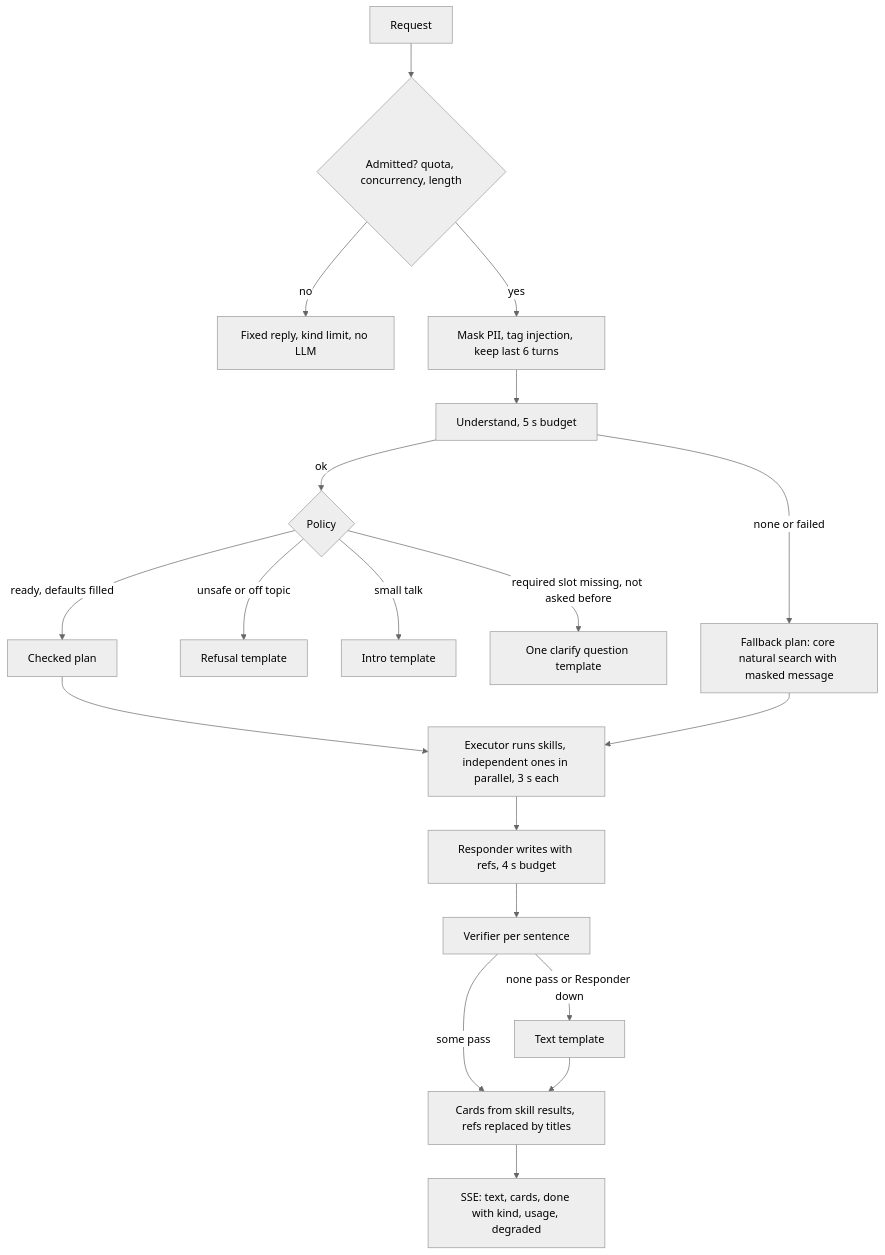
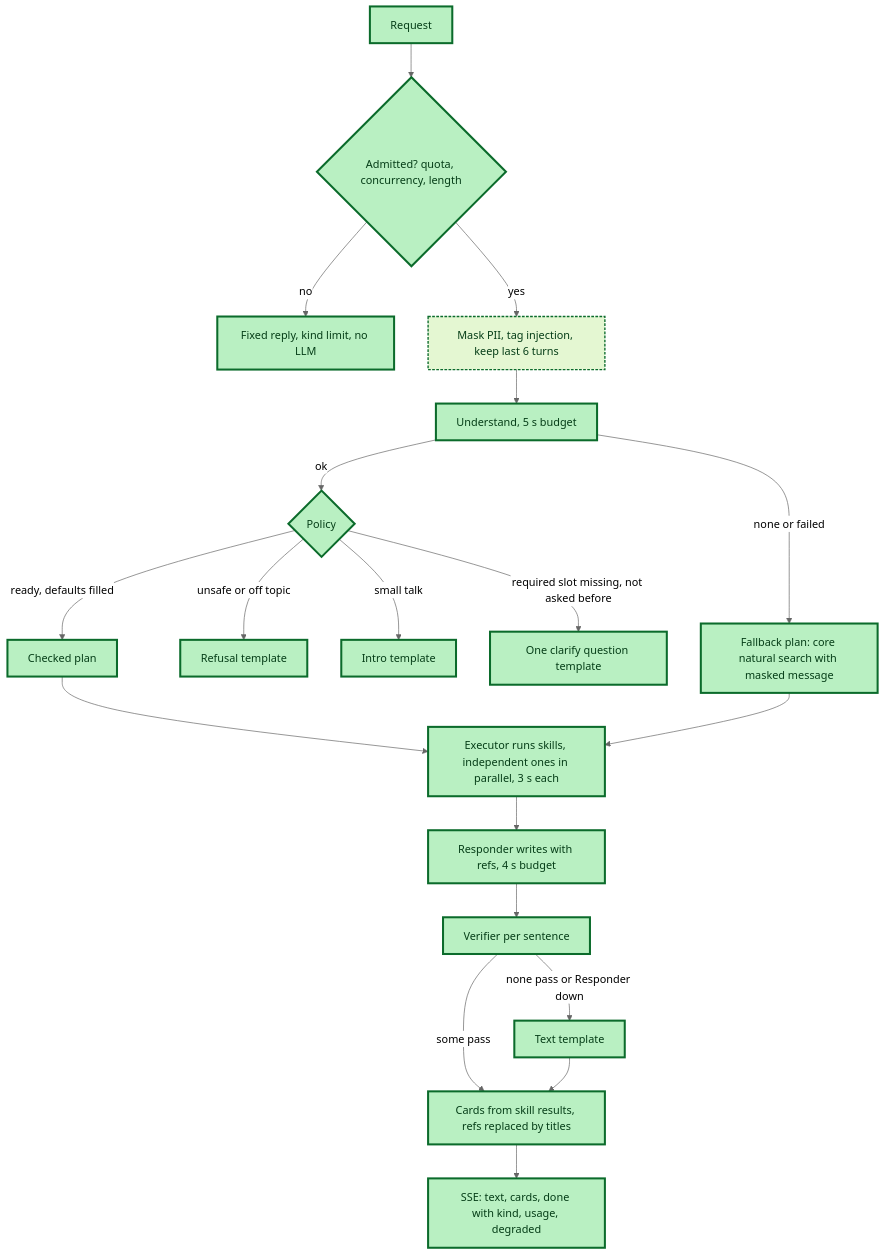
One commit to Sukemcute/tripflix-ai changed the second of 2 diagrams in docs/architecture/tripi-agent-v3-de-xuat.md. Above: the diagram before and after it, drawn with Mermaid (neutral theme). The commit also changed other lines of this file and 1 other file, not shown here.

````diff
--- a/docs/architecture/tripi-agent-v3-de-xuat.md
+++ b/docs/architecture/tripi-agent-v3-de-xuat.md
@@ -406,21 +453,25 @@
 ```mermaid
 flowchart TD
+classDef built fill:#b9f0c2,stroke:#0b6b2b,color:#053d17,stroke-width:3px
+classDef partbuilt fill:#e4f7d2,stroke:#0b6b2b,color:#053d17,stroke-width:2px,stroke-dasharray:4 2
 IN["Request"] --> A{"Admitted? quota, concurrency, length"}
 A -->|no| R0["Fixed reply, kind limit, no LLM"]
 A -->|yes| G["Mask PII, tag injection, keep last 6 turns"]
 G --> U["Understand, 5 s budget"]
 U -->|none or failed| FB["Fallback plan: core natural search with masked message"]
 U -->|ok| P{"Policy"}
 P -->|unsafe or off topic| RF["Refusal template"]
 P -->|small talk| ST["Intro template"]
 P -->|required slot missing, not asked before| CL["One clarify question template"]
 P -->|ready, defaults filled| PL["Checked plan"]
 PL --> T["Executor runs skills, independent ones in parallel, 3 s each"]
 FB --> T
 T --> RS["Responder writes with refs, 4 s budget"]
 RS --> VF["Verifier per sentence"]
 VF -->|some pass| RD["Cards from skill results, refs replaced by titles"]
 VF -->|none pass or Responder down| TP["Text template"]
 TP --> RD
 RD --> OUT["SSE: text, cards, done with kind, usage, degraded"]
+class IN,A,R0,U,FB,P,RF,ST,CL,PL,T,RS,VF,RD,TP,OUT built
+class G partbuilt
 ```
````
